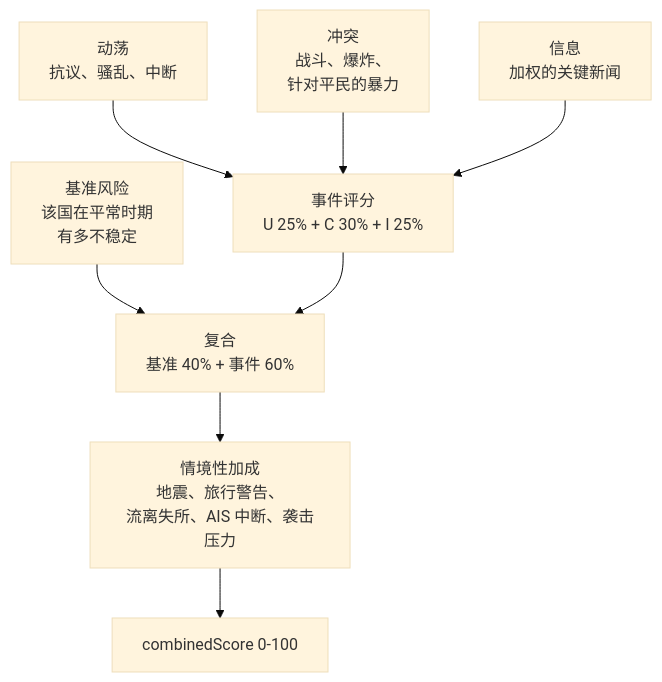
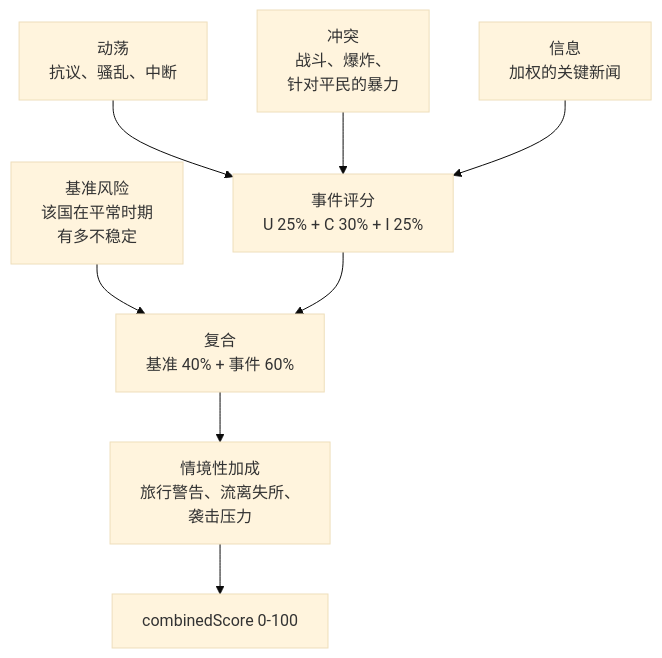
Before and after one commit to khris117/worldmonitor-custom: the diagram in docs/zh/methodology/cii-risk-scores.mdx, drawn with Mermaid (base theme). The commit also changed other lines of this file and 27 other files, not shown here.

````diff
--- a/docs/zh/methodology/cii-risk-scores.mdx
+++ b/docs/zh/methodology/cii-risk-scores.mdx
@@ -32,10 +32,10 @@
 ```mermaid
 flowchart TD
   U["动荡<br/>抗议、骚乱、中断"] --> E["事件评分<br/>U 25% + C 30% + I 25%"]
   C["冲突<br/>战斗、爆炸、<br/>针对平民的暴力"] --> E
   I["信息<br/>加权的关键新闻"] --> E
   B["基准风险<br/>该国在平常时期<br/>有多不稳定"] --> M["复合<br/>基准 40% + 事件 60%"]
   E --> M
-  M --> X["情境性加成<br/>地震、旅行警告、<br/>流离失所、AIS 中断、袭击压力"]
+  M --> X["情境性加成<br/>旅行警告、流离失所、<br/>袭击压力"]
   X --> R["combinedScore 0-100"]
 ```
````
